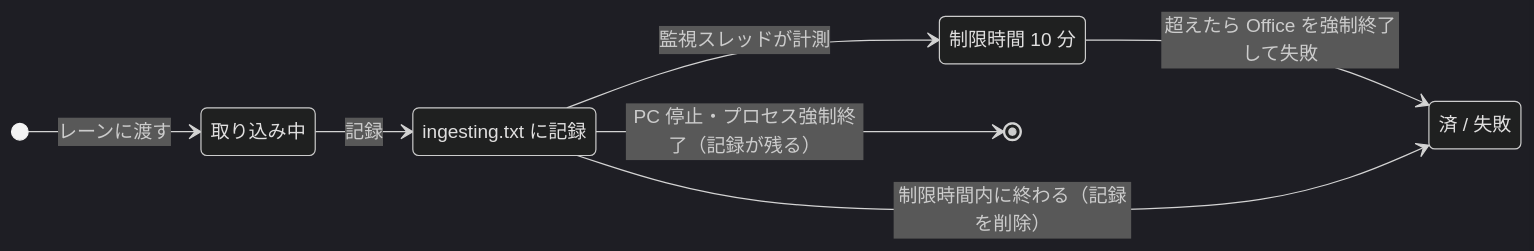
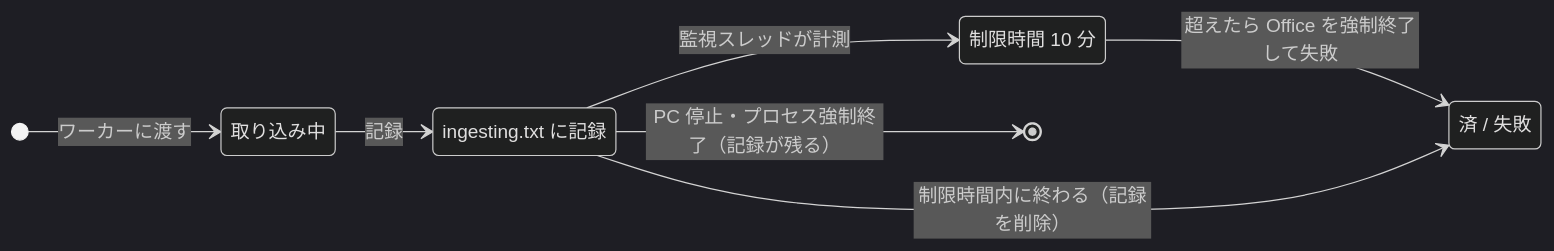
The first of 2 diagrams in docs/design/indexing/ingest-list.md (hsgwa/tebunko), drawn with Mermaid (dark theme) before and after one commit. The commit also changed other lines of this file and 28 other files, not shown here.

````diff
--- a/docs/design/indexing/ingest-list.md
+++ b/docs/design/indexing/ingest-list.md
@@ -54,15 +54,15 @@
 ```mermaid
 stateDiagram-v2
     direction LR
     state "取り込み中" as Ingesting
     state "ingesting.txt に記録" as Recorded
     state "制限時間 10 分" as Timeout
     state "済 / 失敗" as Done
 
-    [*] --> Ingesting : レーンに渡す
+    [*] --> Ingesting : ワーカーに渡す
     Ingesting --> Recorded : 記録
     Recorded --> Timeout : 監視スレッドが計測
     Timeout --> Done : 超えたら Office を強制終了して失敗
     Recorded --> Done : 制限時間内に終わる（記録を削除）
     Recorded --> [*] : PC 停止・プロセス強制終了（記録が残る）
 ```
````
